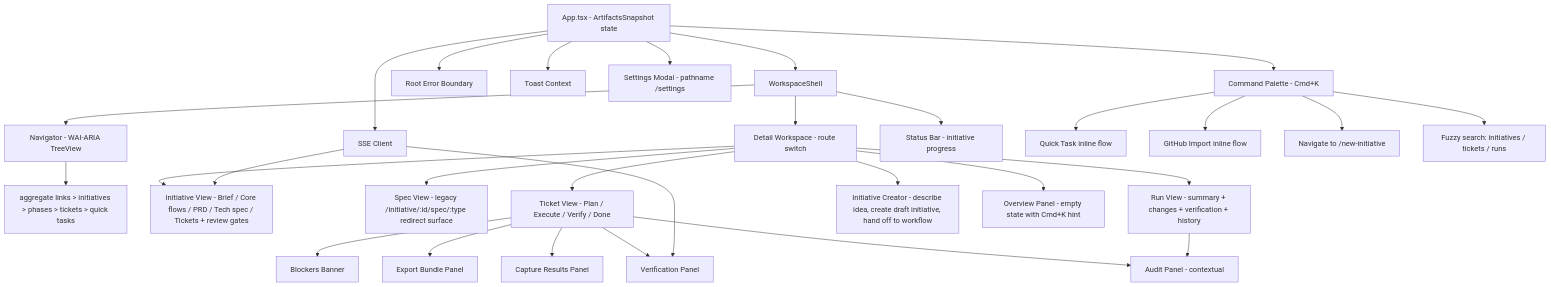
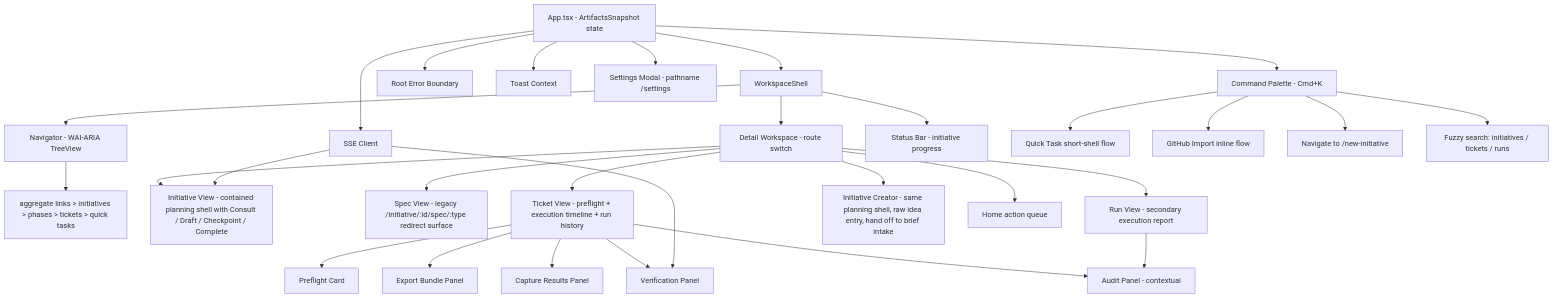
Before and after one commit to mtmitchel/SpecFlow: the third of 5 diagrams in docs/architecture.md, drawn with Mermaid. The commit also changed other lines of this file and 44 other files, not shown here.

````diff
--- a/docs/architecture.md
+++ b/docs/architecture.md
@@ -491,37 +491,37 @@
 ```mermaid
 graph TD
     App[App.tsx - ArtifactsSnapshot state] --> WorkspaceShell
     App --> ErrorBoundary[Root Error Boundary]
     App --> ToastContext[Toast Context]
     App --> SSEClient[SSE Client]
     App --> SettingsModal[Settings Modal - pathname /settings]
     App --> CommandPalette[Command Palette - Cmd+K]
 
     WorkspaceShell --> Navigator[Navigator - WAI-ARIA TreeView]
     WorkspaceShell --> DetailWorkspace[Detail Workspace - route switch]
     WorkspaceShell --> StatusBar[Status Bar - initiative progress]
 
     Navigator --> NavTree[aggregate links > initiatives > phases > tickets > quick tasks]
 
-    CommandPalette --> QuickTask[Quick Task inline flow]
+    CommandPalette --> QuickTask[Quick Task short-shell flow]
     CommandPalette --> GitHubImport[GitHub Import inline flow]
     CommandPalette --> NewInitiative[Navigate to /new-initiative]
     CommandPalette --> FuzzySearch[Fuzzy search: initiatives / tickets / runs]
 
-    DetailWorkspace --> InitiativeView[Initiative View - Brief / Core flows / PRD / Tech spec / Tickets + review gates]
+    DetailWorkspace --> InitiativeView[Initiative View - contained planning shell with Consult / Draft / Checkpoint / Complete]
     DetailWorkspace --> SpecView[Spec View - legacy /initiative/:id/spec/:type redirect surface]
-    DetailWorkspace --> TicketView[Ticket View - Plan / Execute / Verify / Done]
-    DetailWorkspace --> RunView[Run View - summary + changes + verification + history]
-    DetailWorkspace --> InitiativeCreator[Initiative Creator - describe idea, create draft initiative, hand off to workflow]
-    DetailWorkspace --> OverviewPanel[Overview Panel - empty state with Cmd+K hint]
+    DetailWorkspace --> TicketView[Ticket View - preflight + execution timeline + run history]
+    DetailWorkspace --> RunView[Run View - secondary execution report]
+    DetailWorkspace --> InitiativeCreator[Initiative Creator - same planning shell, raw idea entry, hand off to brief intake]
+    DetailWorkspace --> OverviewPanel[Home action queue]
 
-    TicketView --> BlockersBanner[Blockers Banner]
+    TicketView --> PreflightCard[Preflight Card]
     TicketView --> ExportPanel[Export Bundle Panel]
     TicketView --> CapturePanel[Capture Results Panel]
     TicketView --> VerificationPanel[Verification Panel]
     TicketView --> AuditPanel[Audit Panel - contextual]
     RunView --> AuditPanel
 
     SSEClient --> VerificationPanel
     SSEClient --> InitiativeView
 ```
````
